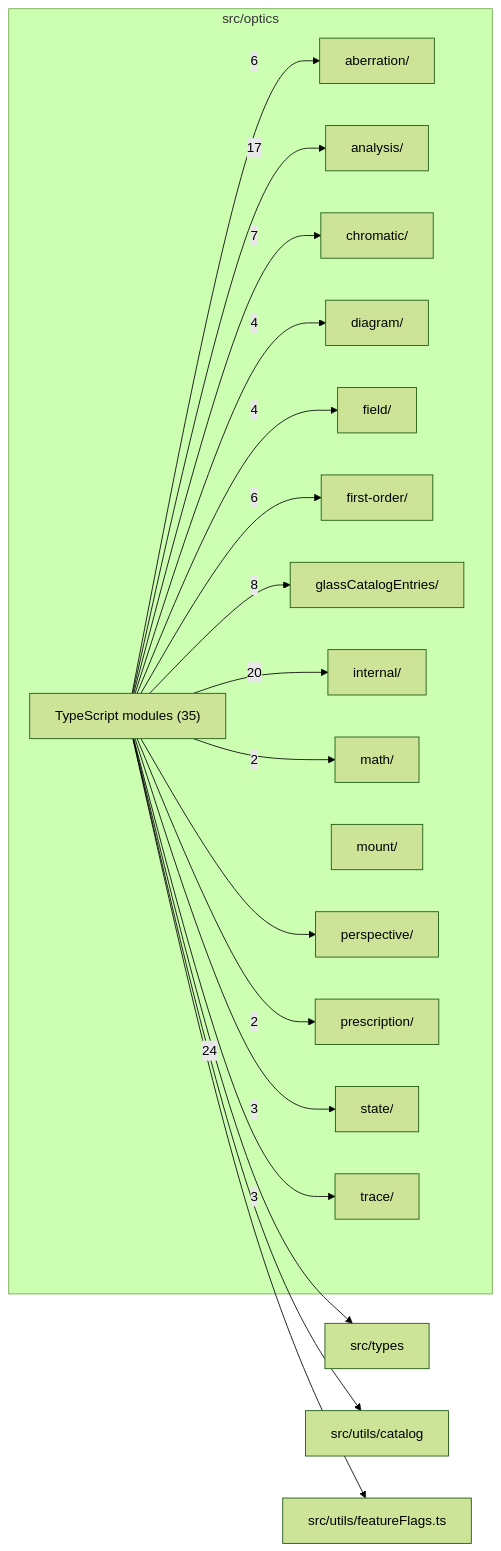
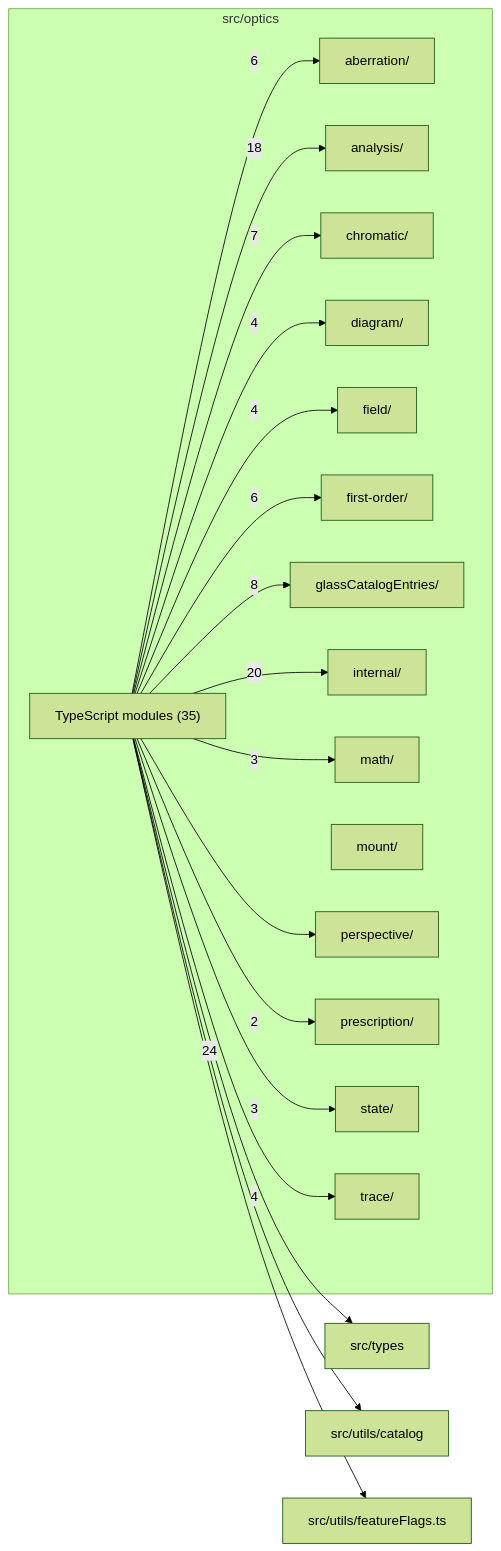
The diagram in src/optics/readme.md (ronbuening/LensVisualizer), drawn with Mermaid (forest theme) before and after one commit. The commit also changed other lines of this file and 26 other files, not shown here.

````diff
--- a/src/optics/readme.md
+++ b/src/optics/readme.md
@@ -9,39 +9,39 @@
 ```mermaid
 flowchart LR
   subgraph n_src_optics["src/optics"]
     n_src_optics_src_optics_aberration["aberration/"]
     n_src_optics_src_optics_analysis["analysis/"]
     n_src_optics_src_optics_chromatic["chromatic/"]
     n_src_optics_src_optics_diagram["diagram/"]
     n_src_optics_src_optics_field["field/"]
     n_src_optics_src_optics_first_order["first-order/"]
     n_src_optics_src_optics_glassCatalogEntries["glassCatalogEntries/"]
     n_src_optics_src_optics_internal["internal/"]
     n_src_optics_src_optics_math["math/"]
     n_src_optics_src_optics_mount["mount/"]
     n_src_optics_src_optics_perspective["perspective/"]
     n_src_optics_src_optics_prescription["prescription/"]
     n_src_optics_src_optics_state["state/"]
     n_src_optics_src_optics_trace["trace/"]
     n_src_optics_TypeScript_modules["TypeScript modules (35)"]
   end
   n_external_src_types["src/types"]
   n_external_src_utils_catalog["src/utils/catalog"]
   n_external_src_utils_featureFlags_ts["src/utils/featureFlags.ts"]
   n_src_optics_TypeScript_modules --> |24| n_external_src_types
   n_src_optics_TypeScript_modules --> |20| n_src_optics_src_optics_internal
-  n_src_optics_TypeScript_modules --> |17| n_src_optics_src_optics_analysis
+  n_src_optics_TypeScript_modules --> |18| n_src_optics_src_optics_analysis
   n_src_optics_TypeScript_modules --> |8| n_src_optics_src_optics_glassCatalogEntries
   n_src_optics_TypeScript_modules --> |7| n_src_optics_src_optics_chromatic
   n_src_optics_TypeScript_modules --> |6| n_src_optics_src_optics_aberration
   n_src_optics_TypeScript_modules --> |6| n_src_optics_src_optics_first_order
   n_src_optics_TypeScript_modules --> |4| n_src_optics_src_optics_diagram
   n_src_optics_TypeScript_modules --> |4| n_src_optics_src_optics_field
+  n_src_optics_TypeScript_modules --> |4| n_src_optics_src_optics_trace
+  n_src_optics_TypeScript_modules --> |3| n_src_optics_src_optics_math
   n_src_optics_TypeScript_modules --> |3| n_src_optics_src_optics_state
-  n_src_optics_TypeScript_modules --> |3| n_src_optics_src_optics_trace
-  n_src_optics_TypeScript_modules --> |2| n_src_optics_src_optics_math
   n_src_optics_TypeScript_modules --> |2| n_src_optics_src_optics_prescription
   n_src_optics_TypeScript_modules --> n_external_src_utils_catalog
   n_src_optics_TypeScript_modules --> n_external_src_utils_featureFlags_ts
   n_src_optics_TypeScript_modules --> n_src_optics_src_optics_perspective
 ```
````
